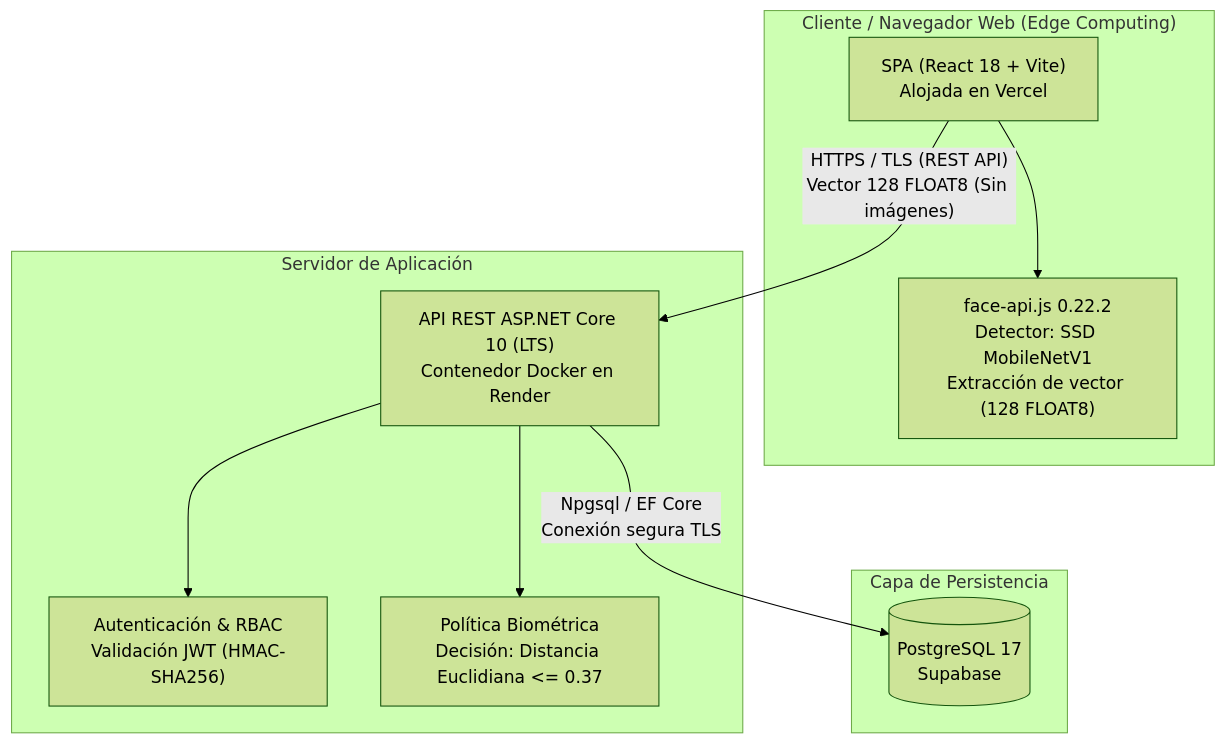
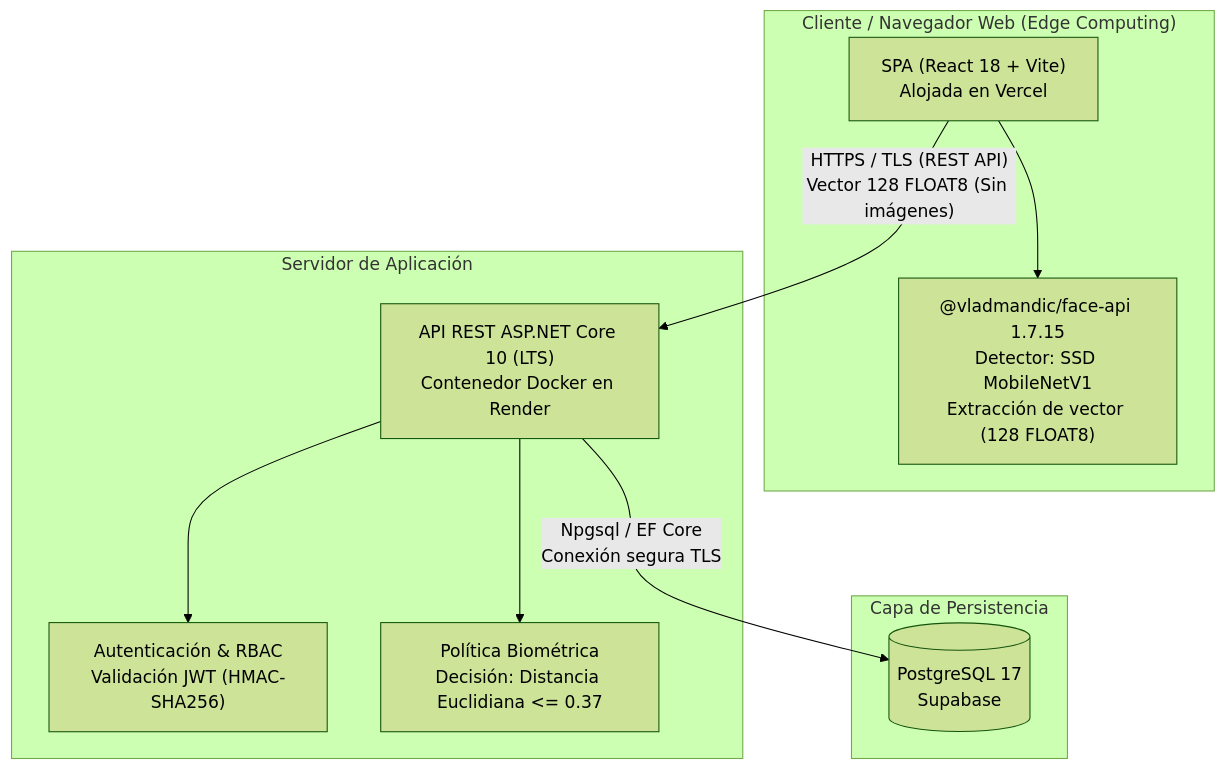
One commit to godridrigo233/SISTEMA-BICICLETAS changed the diagram in docs/MANUAL_TECNICO.md. Above: the diagram before and after it, drawn with Mermaid (forest theme). The commit also changed other lines of this file and 15 other files, not shown here.

First line of the commit message:
feat(biometria): migrar a @vladmandic/face-api 1.7.15, la librería de la calibración de θ

````diff
--- a/docs/MANUAL_TECNICO.md
+++ b/docs/MANUAL_TECNICO.md
@@ -11,23 +11,23 @@
 ```mermaid
 flowchart TD
     subgraph Cliente["Cliente / Navegador Web (Edge Computing)"]
         SPA["SPA (React 18 + Vite)\nAlojada en Vercel"]
-        FaceAPI["face-api.js 0.22.2\nDetector: SSD MobileNetV1\nExtracción de vector (128 FLOAT8)"]
+        FaceAPI["@vladmandic/face-api 1.7.15\nDetector: SSD MobileNetV1\nExtracción de vector (128 FLOAT8)"]
         SPA --> FaceAPI
     end
 
     subgraph Backend["Servidor de Aplicación"]
         API["API REST ASP.NET Core 10 (LTS)\nContenedor Docker en Render"]
         AuthModule["Autenticación & RBAC\nValidación JWT (HMAC-SHA256)"]
         BioPolicy["Política Biométrica\nDecisión: Distancia Euclidiana <= 0.37"]
         API --> AuthModule
         API --> BioPolicy
     end
 
     subgraph Datos["Capa de Persistencia"]
         DB[(PostgreSQL 17\nSupabase)]
     end
 
     SPA -- "HTTPS / TLS (REST API)\nVector 128 FLOAT8 (Sin imágenes)" --> API
     API -- "Npgsql / EF Core\nConexión segura TLS" --> DB
 ```
````
